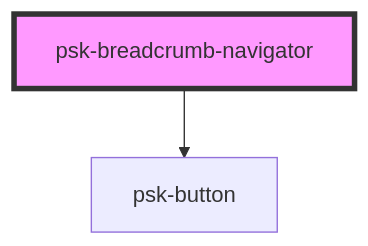
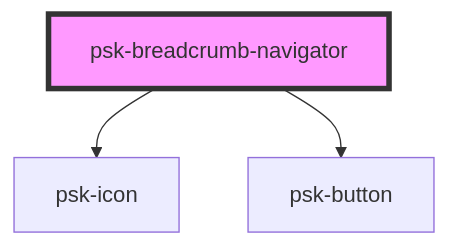
Before and after one commit to webcardinal/cardinal-core: the diagram in src/components/psk-breadcrumb-navigator/readme.md, drawn with Mermaid. The commit also changed other lines of this file and 121 other files, not shown here.

````diff
--- a/src/components/psk-breadcrumb-navigator/readme.md
+++ b/src/components/psk-breadcrumb-navigator/readme.md
@@ -23,5 +24,6 @@
 ```mermaid
 graph TD;
+  psk-breadcrumb-navigator --> psk-icon
   psk-breadcrumb-navigator --> psk-button
   style psk-breadcrumb-navigator fill:#f9f,stroke:#333,stroke-width:4px
 ```
````
